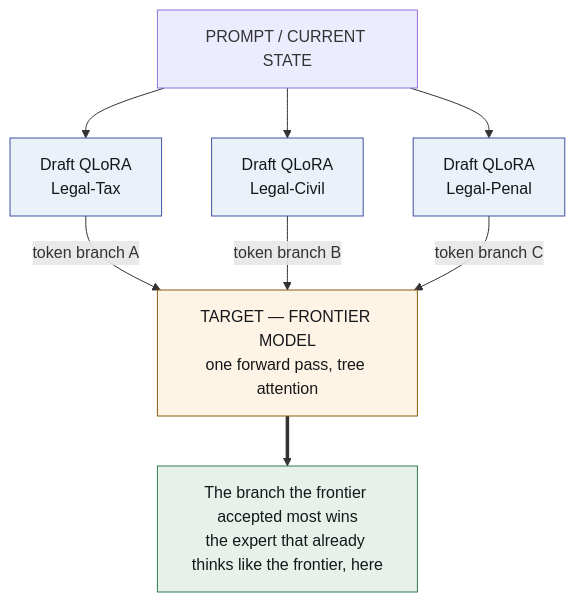
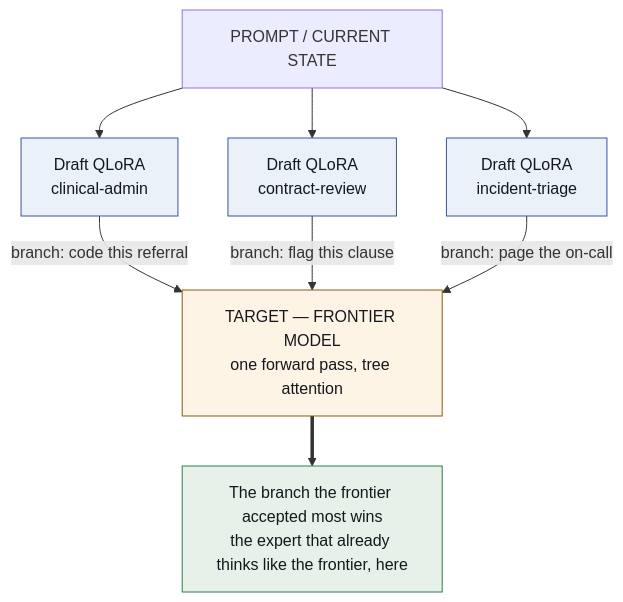
Before and after one commit to EvolvingAgentsLabs/lora-kernel: the first of 2 diagrams in README.md, drawn with Mermaid. The commit also changed other lines of this file and 3 other files, not shown here.

````diff
--- a/README.md
+++ b/README.md
@@ -51,24 +51,24 @@
 ```mermaid
 flowchart TD
     P["PROMPT / CURRENT STATE"]
-    A["Draft QLoRA<br>Legal-Tax"]
-    B["Draft QLoRA<br>Legal-Civil"]
-    C["Draft QLoRA<br>Legal-Penal"]
+    A["Draft QLoRA<br>clinical-admin"]
+    B["Draft QLoRA<br>contract-review"]
+    C["Draft QLoRA<br>incident-triage"]
     T["TARGET — FRONTIER MODEL<br>one forward pass, tree attention"]
     W["The branch the frontier accepted most wins<br>the expert that already thinks like the frontier, here"]
 
     P --> A
     P --> B
     P --> C
-    A -- "token branch A" --> T
-    B -- "token branch B" --> T
-    C -- "token branch C" --> T
+    A -- "branch: code this referral" --> T
+    B -- "branch: flag this clause" --> T
+    C -- "branch: page the on-call" --> T
     T ==> W
 
     classDef expert fill:#EAF1F9,stroke:#3E52A3,color:#15171B
     classDef target fill:#FDF4E6,stroke:#8A5C10,color:#15171B
     classDef win fill:#E7F1EA,stroke:#2E7D4F,color:#15171B
     class A,B,C expert
     class T target
     class W win
 ```
````
